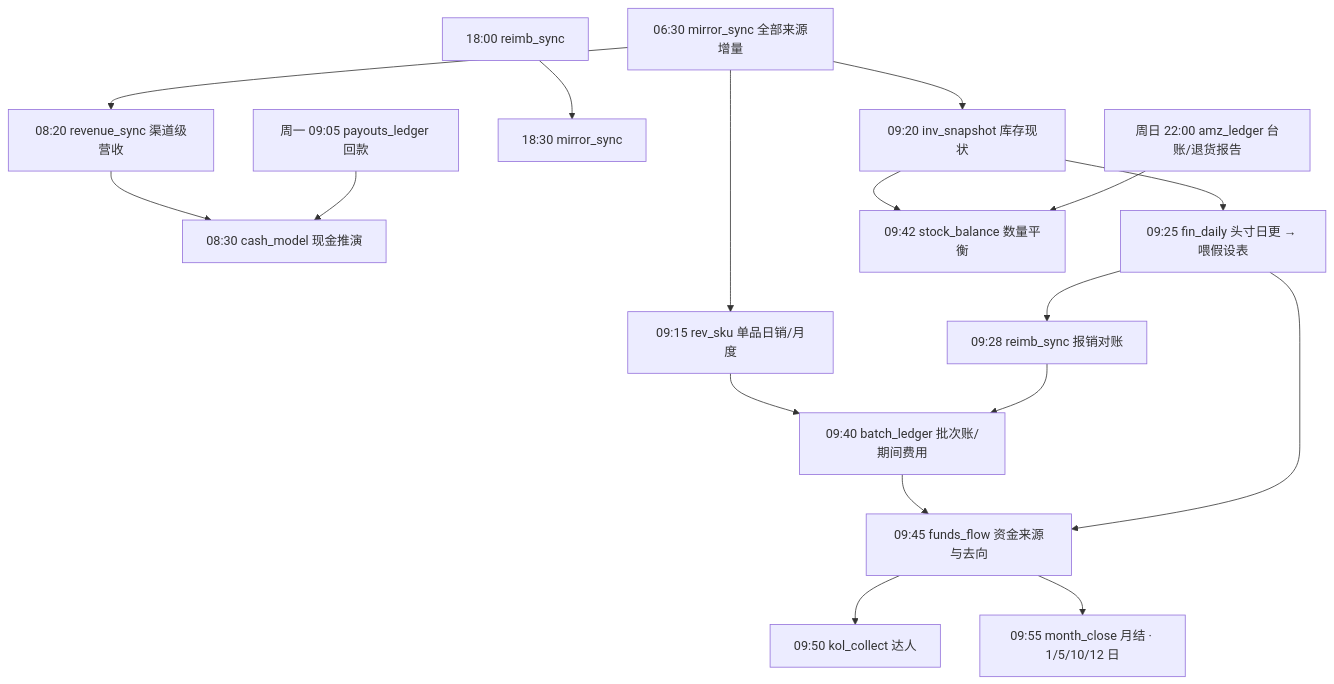
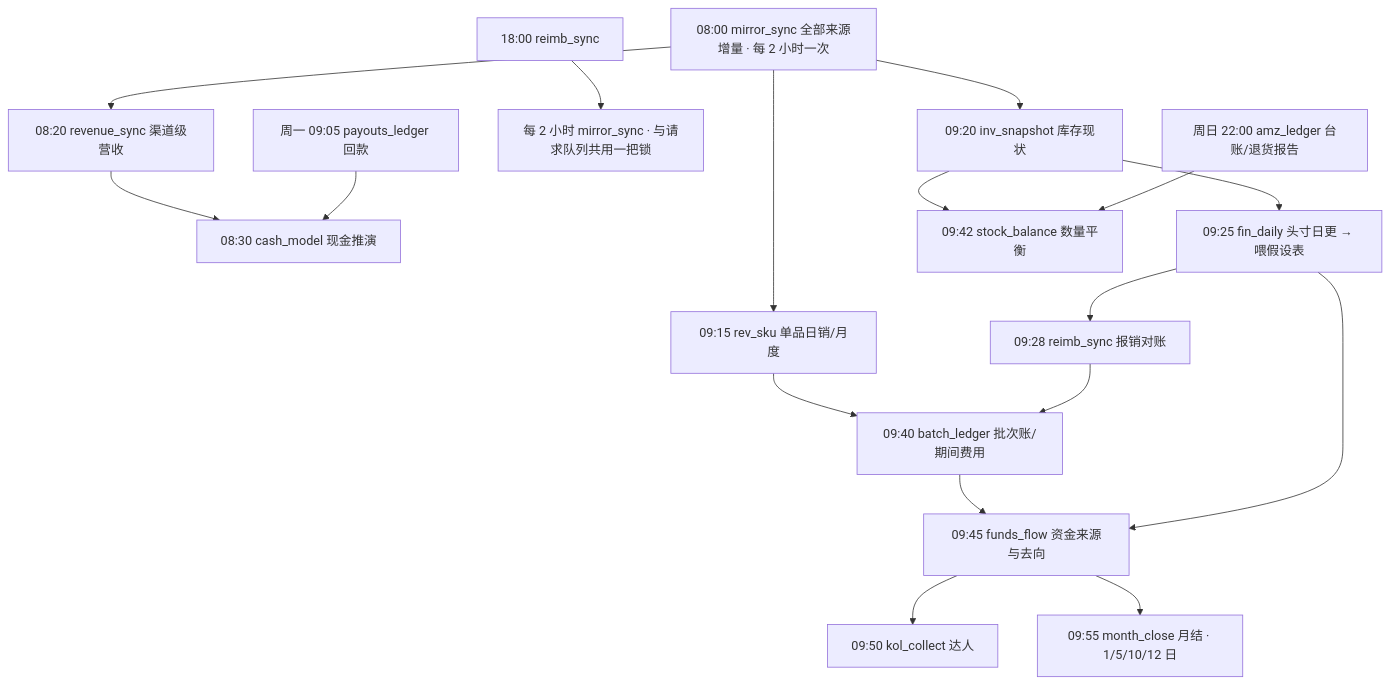
The second of 2 diagrams in docs/data-lineage.md (jinweihan-ai/mahjong-shopify), drawn with Mermaid before and after one commit. The commit also changed other lines of this file and 2 other files, not shown here.

````diff
--- a/docs/data-lineage.md
+++ b/docs/data-lineage.md
@@ -183,19 +183,19 @@
 ```mermaid
 flowchart TD
-  A[06:30 mirror_sync 全部来源增量] --> B[08:20 revenue_sync 渠道级营收]
+  A[08:00 mirror_sync 全部来源增量 · 每 2 小时一次] --> B[08:20 revenue_sync 渠道级营收]
   B --> C[08:30 cash_model 现金推演]
   A --> D[09:15 rev_sku 单品日销/月度]
   A --> E[09:20 inv_snapshot 库存现状]
   E --> F[09:25 fin_daily 头寸日更 → 喂假设表]
   F --> G[09:28 reimb_sync 报销对账]
   D --> H[09:40 batch_ledger 批次账/期间费用]
   G --> H
   E --> I[09:42 stock_balance 数量平衡]
   H --> J[09:45 funds_flow 资金来源与去向]
   F --> J
   J --> K[09:50 kol_collect 达人]
   J --> L[09:55 month_close 月结 · 1/5/10/12 日]
-  M[18:00 reimb_sync] --> N[18:30 mirror_sync]
+  M[18:00 reimb_sync] --> N[每 2 小时 mirror_sync · 与请求队列共用一把锁]
   W1[周日 22:00 amz_ledger 台账/退货报告] --> I
   W2[周一 09:05 payouts_ledger 回款] --> C
 ```
````
